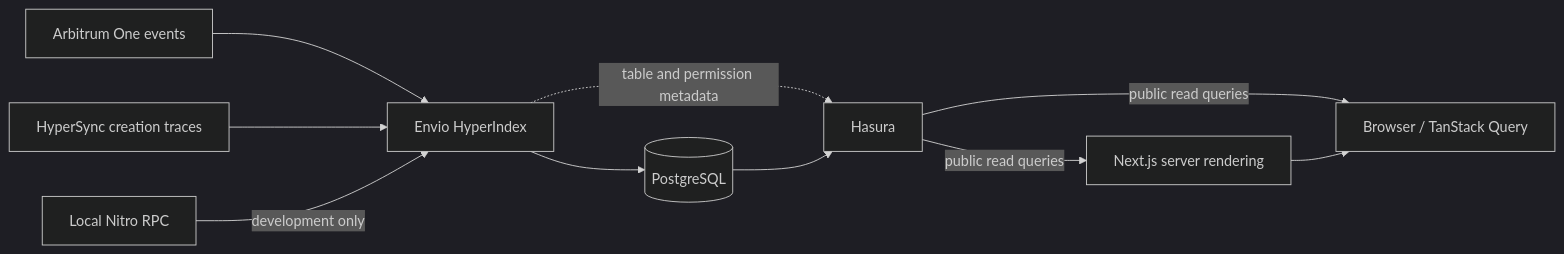
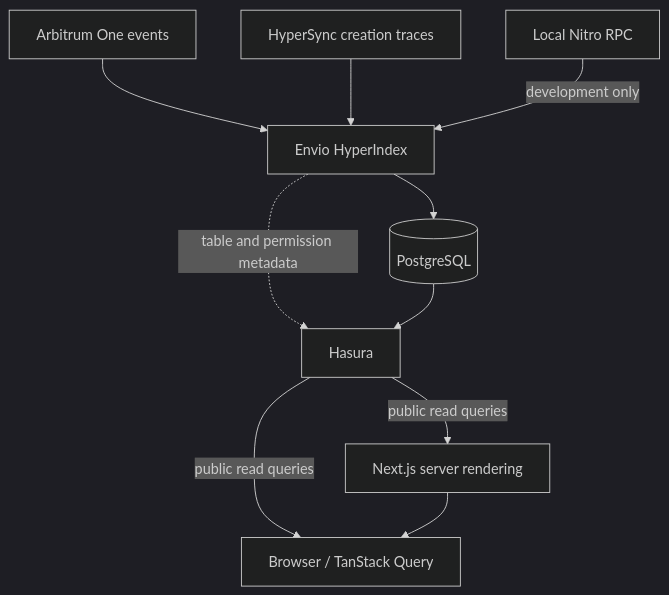
The diagram in docs/architecture.md (CoBuilders-xyz/stylus-dashboard), drawn with Mermaid (dark theme) before and after one commit. The commit also changed other lines of this file and 13 other files, not shown here.

````diff
--- a/docs/architecture.md
+++ b/docs/architecture.md
@@ -5,12 +5,12 @@
 ```mermaid
-flowchart LR
+flowchart TB
   A[Arbitrum One events] --> I[Envio HyperIndex]
   H[HyperSync creation traces] --> I
   N[Local Nitro RPC] -->|development only| I
   I --> P[(PostgreSQL)]
   I -. table and permission metadata .-> G[Hasura]
   P --> G
   G -->|public read queries| S[Next.js server rendering]
   G -->|public read queries| B[Browser / TanStack Query]
   S --> B
 ```
````
